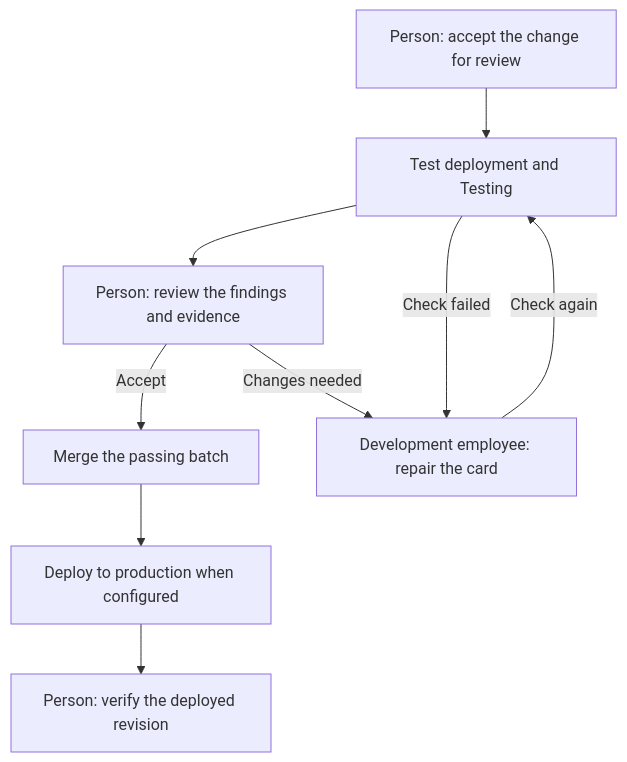
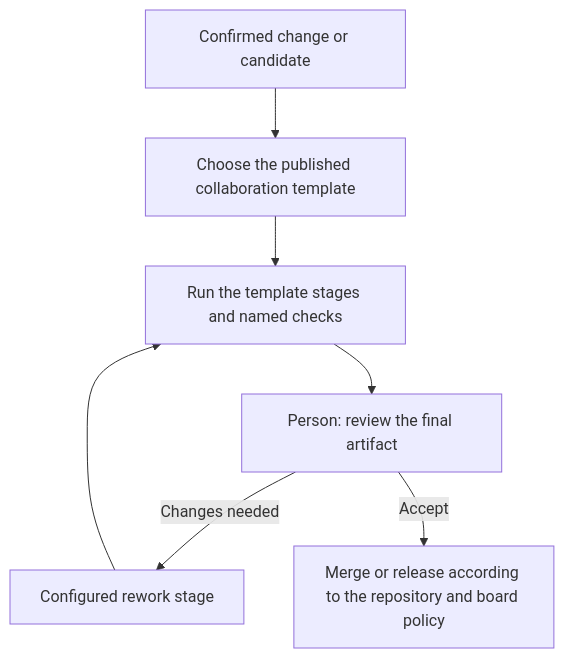
The diagram in src/content/docs/software-factory/pr-to-merge.md (WeiJiLab/aiworkforce-docs), drawn with Mermaid before and after one commit. The commit also changed other lines of this file and 12 other files, not shown here.

````diff
--- a/src/content/docs/software-factory/pr-to-merge.md
+++ b/src/content/docs/software-factory/pr-to-merge.md
@@ -16,13 +16,11 @@
 ```mermaid
 flowchart TD
-    ready["Person: accept the change for review"] --> checks["Test deployment and Testing"]
-    checks --> decision["Person: review the findings and evidence"]
-    decision -->|Accept| release["Merge the passing batch"]
-    release --> deploy["Deploy to production when configured"]
-    deploy --> ship["Person: verify the deployed revision"]
-    checks -->|Check failed| fix["Development employee: repair the card"]
-    decision -->|Changes needed| fix
-    fix -->|Check again| checks
-    class ready,decision,ship human
-    class checks,fix,release,deploy agent
+    change["Confirmed change or candidate"] --> template["Choose the published collaboration template"]
+    template --> checks["Run the template stages and named checks"]
+    checks --> decision["Person: review the final artifact"]
+    decision -->|Changes needed| repair["Configured rework stage"]
+    repair --> checks
+    decision -->|Accept| merge["Merge or release according to the repository and board policy"]
+    class change,decision,merge human
+    class template,checks,repair agent
 ```
````
